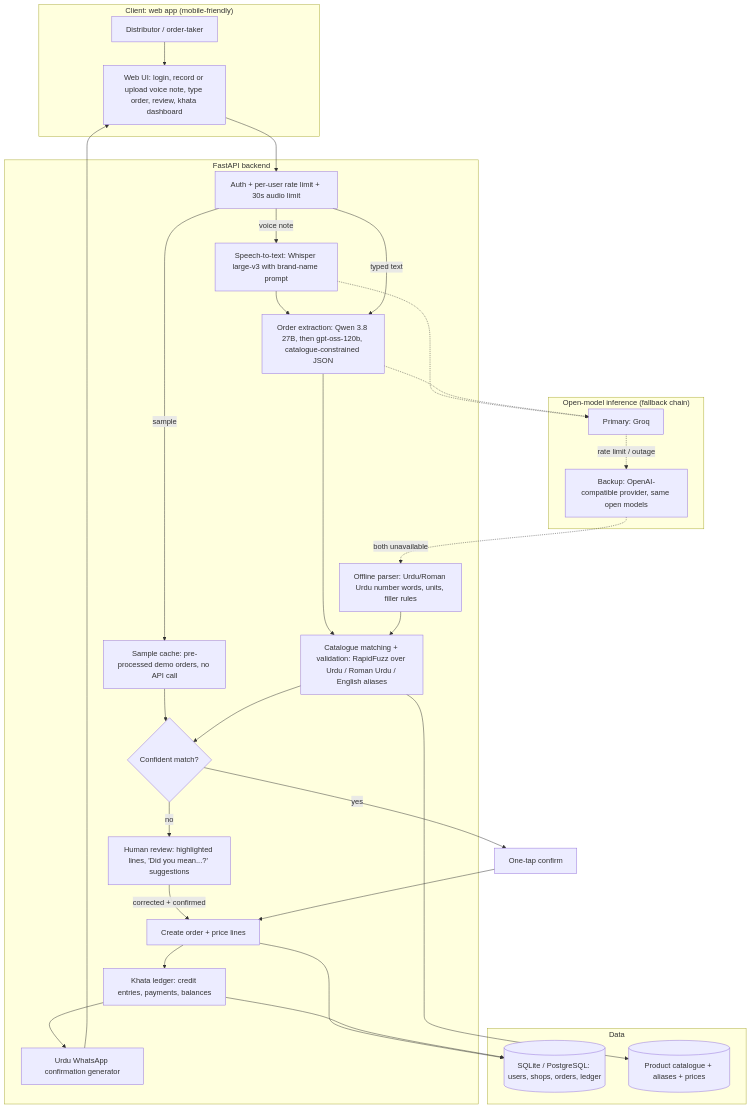
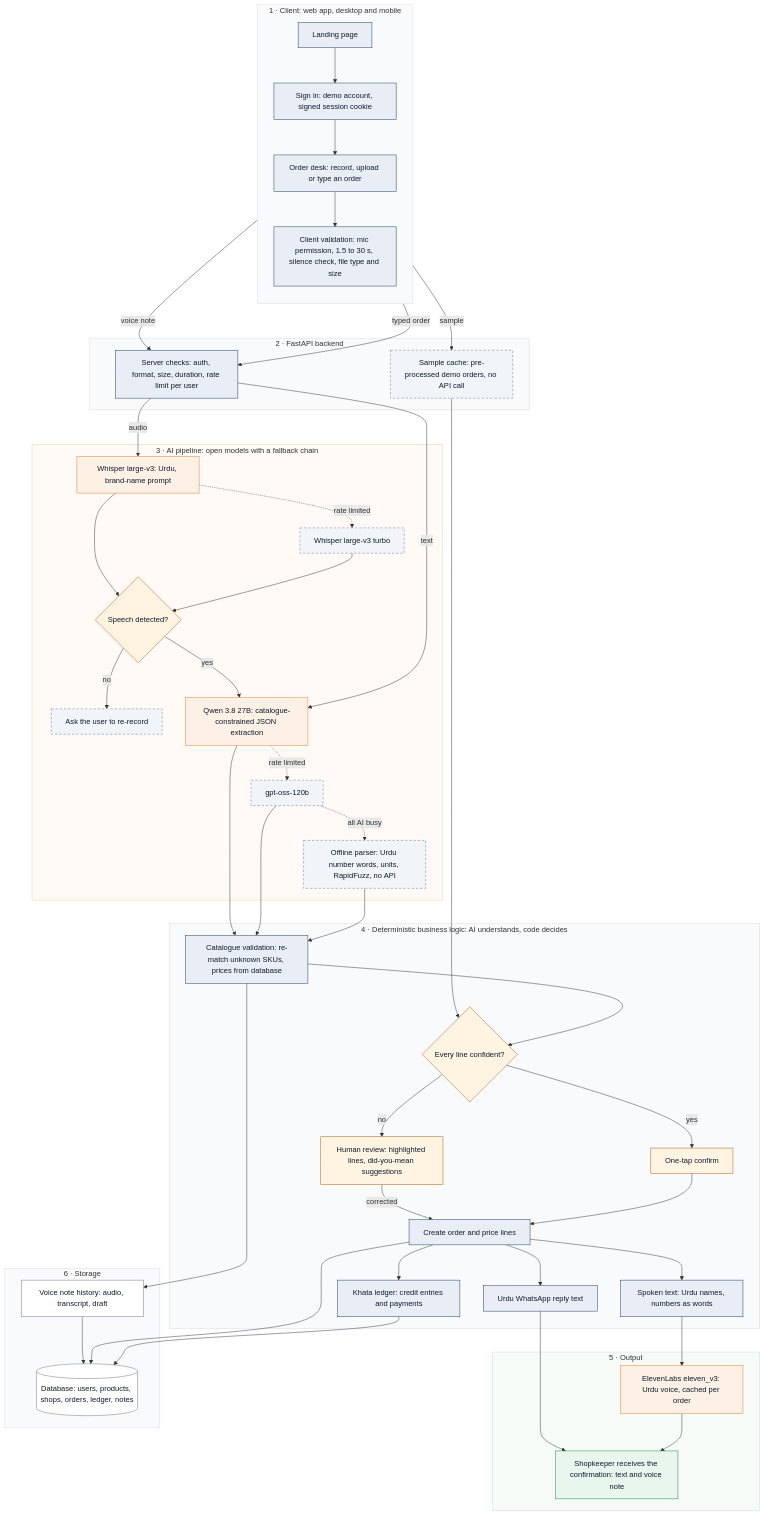
Before and after one commit to hammadshabbir10/AwazOrder: the diagram in docs/architecture.mmd, drawn with Mermaid. The commit also changed 2 other files, not shown here.

Commit message:
Update architecture diagram to match the current app, with rendered PNG and SVG

```diff
--- a/docs/architecture.mmd
+++ b/docs/architecture.mmd
@@ -1,49 +1,100 @@
 flowchart TD
-    subgraph Client["Client: web app (mobile-friendly)"]
-        U["Distributor / order-taker"]
-        FE["Web UI: login, record or upload voice note, type order, review, khata dashboard"]
+    subgraph CLIENT["1 · Client: web app, desktop and mobile"]
+        direction TB
+        LAND["Landing page"] --> LOGIN["Sign in: demo account, signed session cookie"]
+        LOGIN --> UI["Order desk: record, upload or type an order"]
+        UI --> VAL["Client validation: mic permission, 1.5 to 30 s, silence check, file type and size"]
     end
 
-    subgraph Backend["FastAPI backend"]
-        AUTH["Auth + per-user rate limit + 30s audio limit"]
-        SAMPLES["Sample cache: pre-processed demo orders, no API call"]
-        ASR["Speech-to-text: Whisper large-v3 with brand-name prompt"]
-        EXT["Order extraction: Qwen 3.8 27B, then gpt-oss-120b, catalogue-constrained JSON"]
-        OFF["Offline parser: Urdu/Roman Urdu number words, units, filler rules"]
-        MATCH["Catalogue matching + validation: RapidFuzz over Urdu / Roman Urdu / English aliases"]
-        CONF{"Confident match?"}
-        REVIEW["Human review: highlighted lines, 'Did you mean...?' suggestions"]
-        ORDER["Create order + price lines"]
-        LEDGER["Khata ledger: credit entries, payments, balances"]
-        REPLY["Urdu WhatsApp confirmation generator"]
+    subgraph API["2 · FastAPI backend"]
+        GUARD["Server checks: auth, format, size, duration, rate limit per user"]
+        SAMPLE["Sample cache: pre-processed demo orders, no API call"]
     end
 
-    subgraph Inference["Open-model inference (fallback chain)"]
-        P1["Primary: Groq"]
-        P2["Backup: OpenAI-compatible provider, same open models"]
+    subgraph AI["3 · AI pipeline: open models with a fallback chain"]
+        ASR1["Whisper large-v3: Urdu, brand-name prompt"]
+        ASR2["Whisper large-v3 turbo"]
+        SIL{"Speech detected?"}
+        RETRY["Ask the user to re-record"]
+        LLM1["Qwen 3.8 27B: catalogue-constrained JSON extraction"]
+        LLM2["gpt-oss-120b"]
+        OFF["Offline parser: Urdu number words, units, RapidFuzz, no API"]
     end
 
-    subgraph Data["Data"]
-        DB[("SQLite / PostgreSQL: users, shops, orders, ledger")]
-        CAT[("Product catalogue + aliases + prices")]
+    subgraph LOGIC["4 · Deterministic business logic: AI understands, code decides"]
+        MATCH["Catalogue validation: re-match unknown SKUs, prices from database"]
+        CONF{"Every line confident?"}
+        REVIEW["Human review: highlighted lines, did-you-mean suggestions"]
+        QUICK["One-tap confirm"]
+        ORDER["Create order and price lines"]
+        LEDGER["Khata ledger: credit entries and payments"]
+        REPLY["Urdu WhatsApp reply text"]
+        SPOKEN["Spoken text: Urdu names, numbers as words"]
     end
 
-    U --> FE --> AUTH
-    AUTH -->|sample| SAMPLES --> CONF
-    AUTH -->|voice note| ASR --> EXT
-    AUTH -->|typed text| EXT
-    ASR -.-> P1
-    EXT -.-> P1
-    P1 -.->|rate limit / outage| P2
-    P2 -.->|both unavailable| OFF
-    EXT --> MATCH
+    subgraph OUT["5 · Output"]
+        TTS["ElevenLabs eleven_v3: Urdu voice, cached per order"]
+        SHOP["Shopkeeper receives the confirmation: text and voice note"]
+    end
+
+    subgraph STORE["6 · Storage"]
+        NOTES["Voice note history: audio, transcript, draft"]
+        DB[("Database: users, products, shops, orders, ledger, notes")]
+    end
+
+    VAL -->|voice note| GUARD
+    UI -->|typed order| GUARD
+    UI -->|sample| SAMPLE
+
+    GUARD -->|audio| ASR1
+    ASR1 -.->|rate limited| ASR2
+    ASR1 --> SIL
+    ASR2 --> SIL
+    SIL -->|no| RETRY
+    SIL -->|yes| LLM1
+    GUARD -->|text| LLM1
+    LLM1 -.->|rate limited| LLM2
+    LLM2 -.->|all AI busy| OFF
+
+    LLM1 --> MATCH
+    LLM2 --> MATCH
     OFF --> MATCH
-    MATCH --> CAT
+    SAMPLE --> CONF
     MATCH --> CONF
     CONF -->|no| REVIEW
-    CONF -->|yes| QUICK["One-tap confirm"]
-    REVIEW -->|corrected + confirmed| ORDER
+    CONF -->|yes| QUICK
+    REVIEW -->|corrected| ORDER
     QUICK --> ORDER
+
+    ORDER --> LEDGER
+    ORDER --> REPLY
+    ORDER --> SPOKEN
+    SPOKEN --> TTS
+    REPLY --> SHOP
+    TTS --> SHOP
+
+    MATCH --> NOTES
+    NOTES --> DB
     ORDER --> DB
-    ORDER --> LEDGER --> DB
-    LEDGER --> REPLY --> FE
+    LEDGER --> DB
+
+    classDef core fill:#e9eef6,stroke:#1d3557,color:#0f1b2d
+    classDef ai fill:#fdf0e5,stroke:#e07a2f,color:#0f1b2d
+    classDef fallback fill:#f1f4f9,stroke:#66738a,stroke-dasharray:5 4,color:#0f1b2d
+    classDef human fill:#fff4e2,stroke:#a8570a,color:#0f1b2d
+    classDef done fill:#e8f6ed,stroke:#17803d,color:#0f1b2d
+    classDef store fill:#ffffff,stroke:#66738a,color:#0f1b2d
+
+    class LAND,LOGIN,UI,VAL,GUARD,MATCH,ORDER,LEDGER,REPLY,SPOKEN core
+    class ASR1,LLM1,TTS ai
+    class ASR2,LLM2,OFF,SAMPLE,RETRY fallback
+    class SIL,CONF,REVIEW,QUICK human
+    class SHOP done
+    class NOTES,DB store
+
+    style CLIENT fill:#f8fafc,stroke:#d3dbe7
+    style API fill:#f8fafc,stroke:#d3dbe7
+    style AI fill:#fffaf5,stroke:#f2c9a4
+    style LOGIC fill:#f8fafc,stroke:#d3dbe7
+    style OUT fill:#f6fbf8,stroke:#bfe3cb
+    style STORE fill:#f8fafc,stroke:#d3dbe7
```
